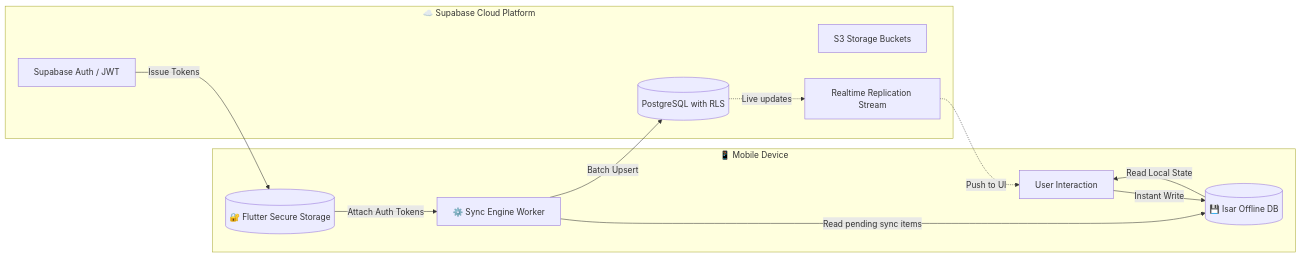
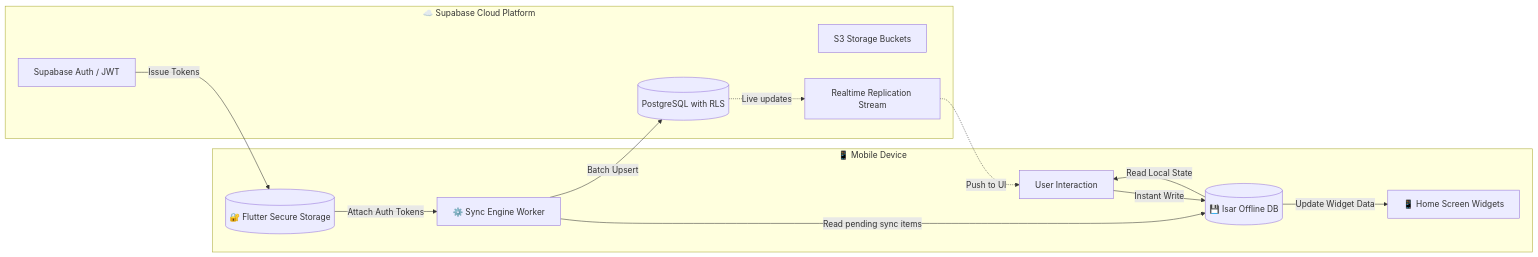
The fourth of 4 diagrams in README.md (TarunTalan/vital_up), drawn with Mermaid before and after one commit. The commit also changed other lines of this file and 39 other files, not shown here.

````diff
--- a/README.md
+++ b/README.md
@@ -189,25 +310,27 @@
 ```mermaid
 graph LR
     subgraph Device["📱 Mobile Device"]
         UI[User Interaction]
         Isar[(💾 Isar Offline DB)]
         SyncWorker[⚙️ Sync Engine Worker]
         SecStore[(🔐 Flutter Secure Storage)]
+        HW[📱 Home Screen Widgets]
     end
 
     subgraph Cloud["☁️ Supabase Cloud Platform"]
         Auth[Supabase Auth / JWT]
         Postgres[(PostgreSQL with RLS)]
         Storage[S3 Storage Buckets]
         Realtime[Realtime Replication Stream]
     end
 
     UI -->|Instant Write| Isar
     Isar -->|Read Local State| UI
+    Isar -->|Update Widget Data| HW
     SyncWorker -->|Read pending sync items| Isar
     SyncWorker -->|Batch Upsert| Postgres
     SecStore -->|Attach Auth Tokens| SyncWorker
     Auth -->|Issue Tokens| SecStore
     Postgres -.->|Live updates| Realtime
     Realtime -.->|Push to UI| UI
 ```
````
